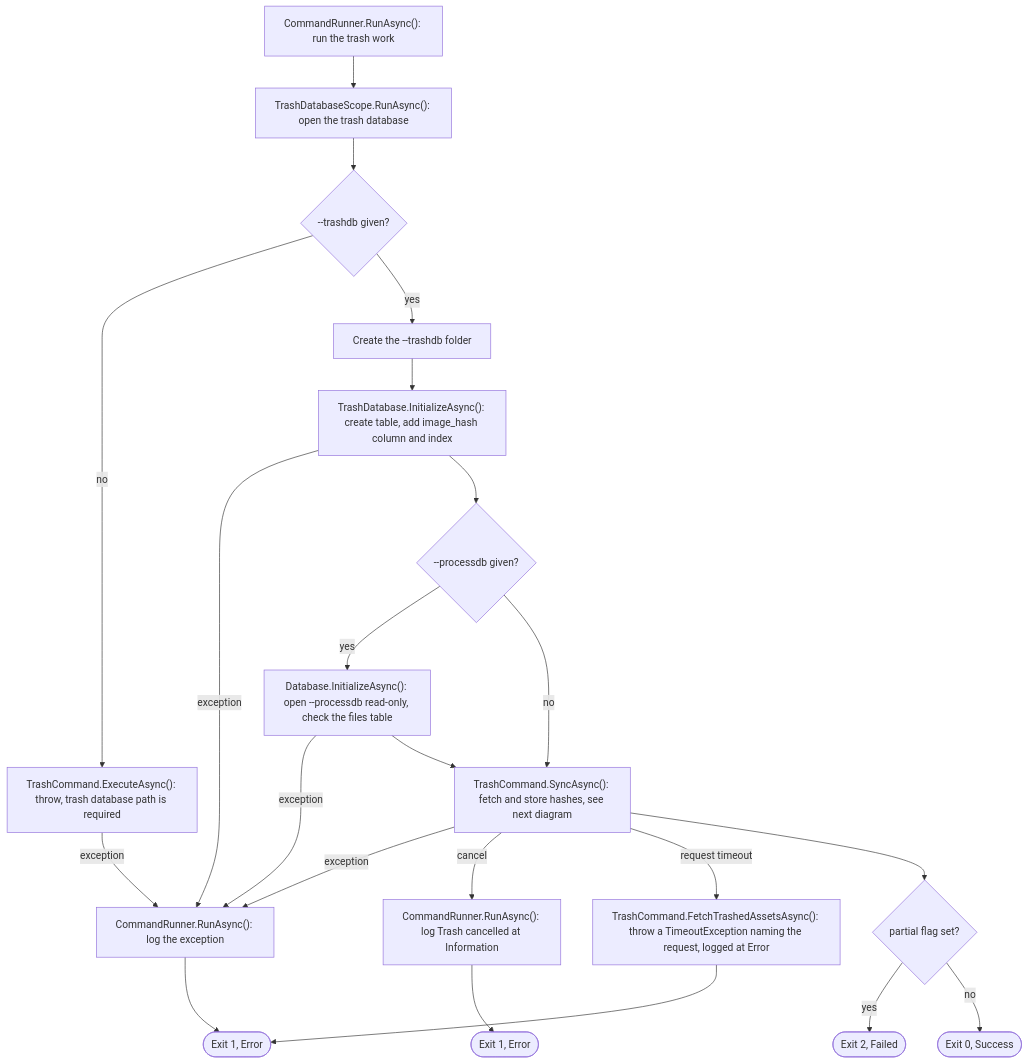
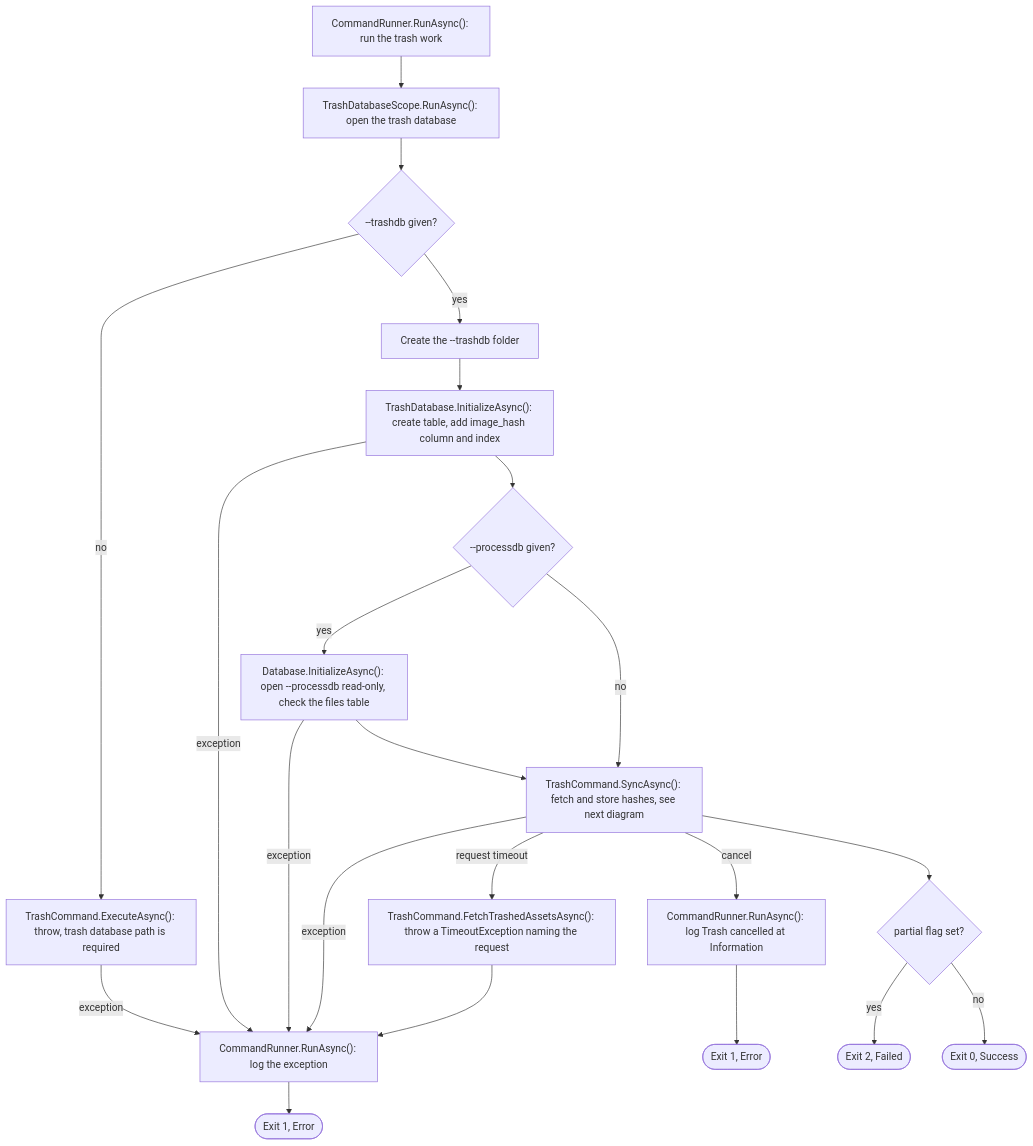
Diagram 16 of 23 in ARCHITECTURE.md (ptr727/PhotoCleaner), drawn with Mermaid before and after one commit.

Commit message:
Route the Trash Timeout Node Through the Logging Node

````diff
--- a/ARCHITECTURE.md
+++ b/ARCHITECTURE.md
@@ -884,25 +884,25 @@
 ```mermaid
 flowchart TD
   T1["CommandRunner.RunAsync(): run the trash work"] --> T2["TrashDatabaseScope.RunAsync(): open the trash database"]
   T2 --> T3{"--trashdb given?"}
   T3 -->|"no"| T4["TrashCommand.ExecuteAsync(): throw, trash database path is required"]
   T4 -->|"exception"| TE
   T3 -->|"yes"| T3a["Create the --trashdb folder"]
   T3a --> T5["TrashDatabase.InitializeAsync(): create table, add image_hash column and index"]
   T5 -->|"exception"| TE
   T5 --> T6{"--processdb given?"}
   T6 -->|"yes"| T7["Database.InitializeAsync(): open --processdb read-only, check the files table"]
   T7 -->|"exception"| TE
   T7 --> T8["TrashCommand.SyncAsync(): fetch and store hashes, see next diagram"]
   T6 -->|"no"| T8
   T8 -->|"exception"| TE
   T8 -->|"cancel"| T9["CommandRunner.RunAsync(): log Trash cancelled at Information"]
-  T8 -->|"request timeout"| TT["TrashCommand.FetchTrashedAssetsAsync(): throw a TimeoutException naming the request, logged at Error"]
-  TT --> T14
+  T8 -->|"request timeout"| TT["TrashCommand.FetchTrashedAssetsAsync(): throw a TimeoutException naming the request"]
+  TT --> TE
   T9 --> T10(["Exit 1, Error"])
   T8 --> T11{"partial flag set?"}
   T11 -->|"yes"| T12(["Exit 2, Failed"])
   T11 -->|"no"| T13(["Exit 0, Success"])
   TE["CommandRunner.RunAsync(): log the exception"] --> T14(["Exit 1, Error"])
   classDef suspect stroke:#c00,stroke-width:2px,stroke-dasharray:5 3
 ```
````
